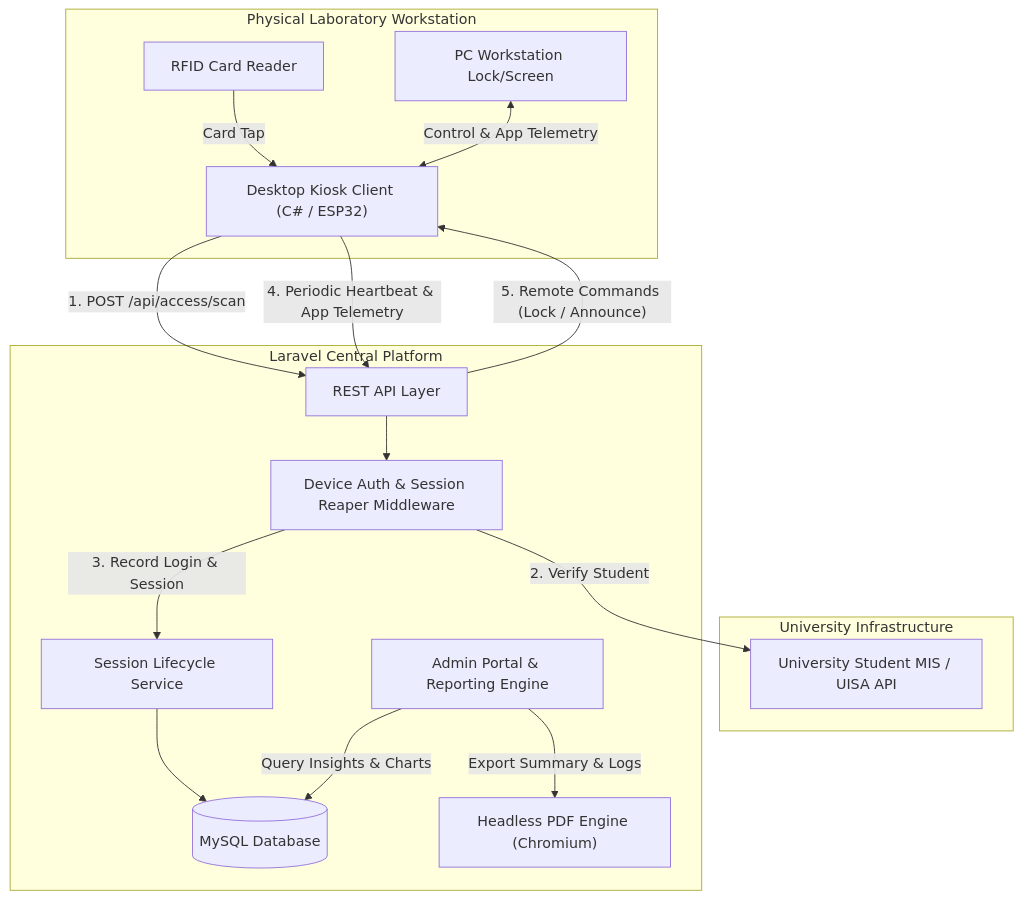
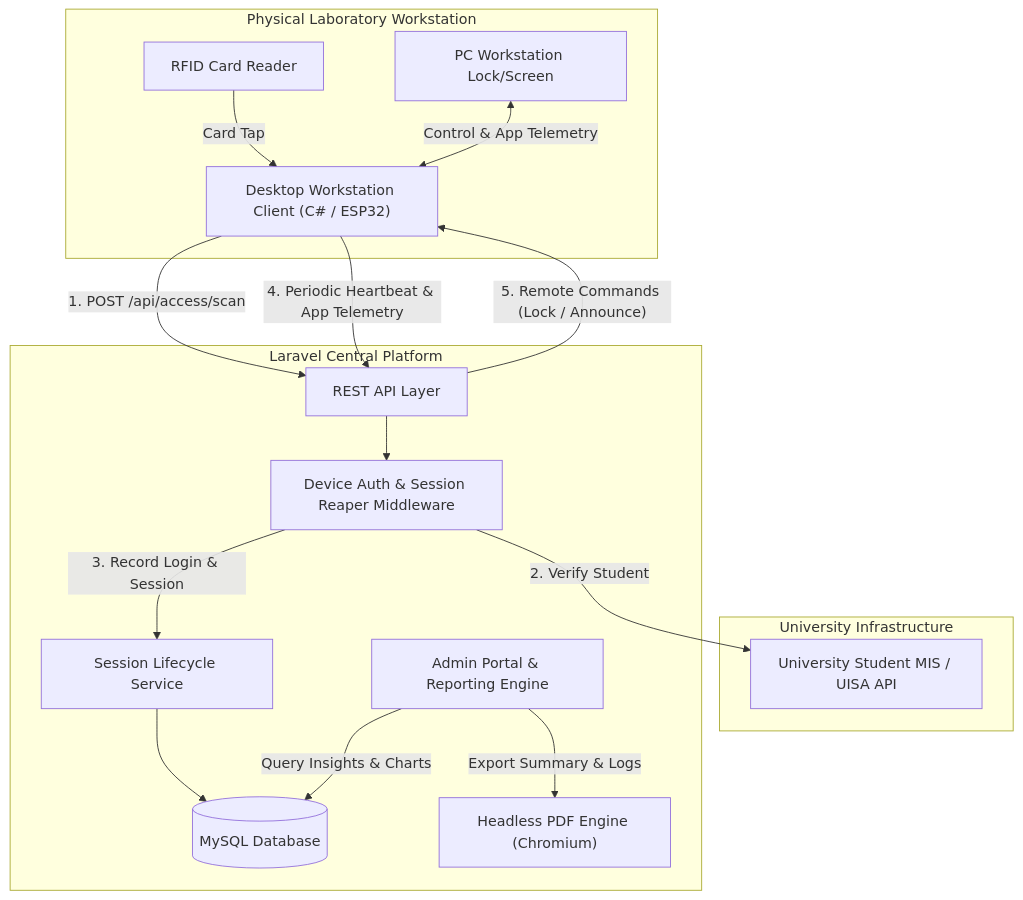
One commit to DalmacioHan/dev_iot_workstation_access_control changed the diagram in README.md. Above: the diagram before and after it, drawn with Mermaid. The commit also changed other lines of this file and 14 other files, not shown here.

Commit message:
feat: rename kiosk references to client in documentation and codebase for clarity

````diff
--- a/README.md
+++ b/README.md
@@ -74,31 +74,31 @@
 ```mermaid
 graph TD
     subgraph Station["Physical Laboratory Workstation"]
-        RFID["RFID Card Reader"] -->|"Card Tap"| KIOSK["Desktop Kiosk Client (C# / ESP32)"]
-        PC["PC Workstation Lock/Screen"] <-->|"Control & App Telemetry"| KIOSK
+        RFID["RFID Card Reader"] -->|"Card Tap"| CLIENT["Desktop Workstation Client (C# / ESP32)"]
+        PC["PC Workstation Lock/Screen"] <-->|"Control & App Telemetry"| CLIENT
     end
 
     subgraph Uni["University Infrastructure"]
         MIS["University Student MIS / UISA API"]
     end
 
     subgraph Cloud["Laravel Central Platform"]
         API["REST API Layer"]
         AUTH["Device Auth & Session Reaper Middleware"]
         SESSION["Session Lifecycle Service"]
         DB[("MySQL Database")]
         WEB["Admin Portal & Reporting Engine"]
         PDF["Headless PDF Engine (Chromium)"]
     end
 
-    KIOSK -->|"1. POST /api/access/scan"| API
+    CLIENT -->|"1. POST /api/access/scan"| API
     API --> AUTH
     AUTH -->|"2. Verify Student"| MIS
     AUTH -->|"3. Record Login & Session"| SESSION
     SESSION --> DB
-    KIOSK -->|"4. Periodic Heartbeat & App Telemetry"| API
-    API -->|"5. Remote Commands (Lock / Announce)"| KIOSK
+    CLIENT -->|"4. Periodic Heartbeat & App Telemetry"| API
+    API -->|"5. Remote Commands (Lock / Announce)"| CLIENT
 
     WEB -->|"Query Insights & Charts"| DB
     WEB -->|"Export Summary & Logs"| PDF
 ```
````
